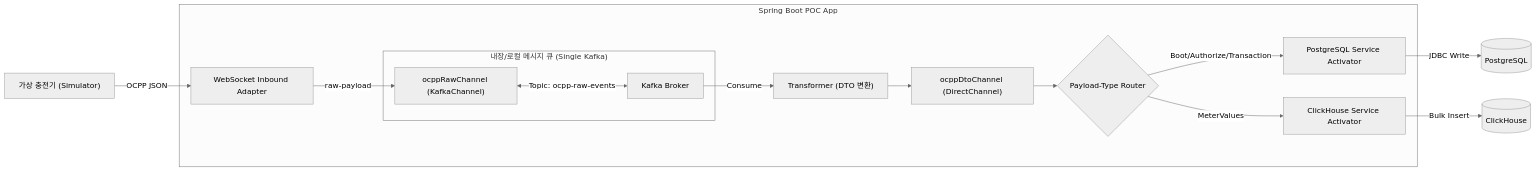
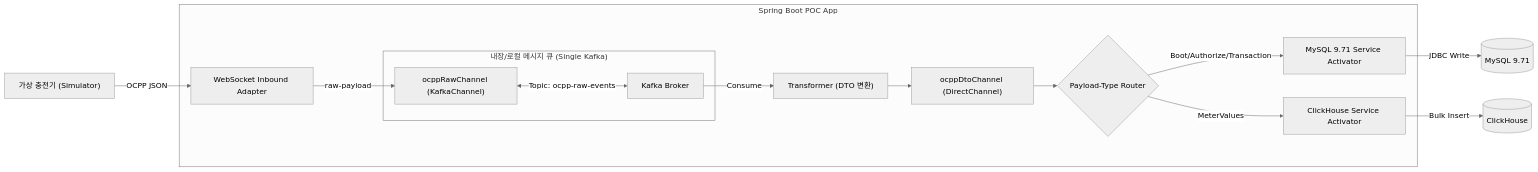
The second of 2 diagrams in doc/01.standard_solution/05.poc.md (h2y-hyhong2/h2y-ocpp), drawn with Mermaid (neutral theme) before and after one commit. The commit also changed other lines of this file and 20 other files, not shown here.

````diff
--- a/doc/01.standard_solution/05.poc.md
+++ b/doc/01.standard_solution/05.poc.md
@@ -169,22 +193,22 @@
 ```mermaid
 flowchart LR
     CP["가상 충전기 (Simulator)"] -->|OCPP JSON| WS["WebSocket Inbound Adapter"]
     
     subgraph SpringBoot ["Spring Boot POC App"]
         WS -->|raw-payload| KafkaChannel["ocppRawChannel (KafkaChannel)"]
         
         subgraph Kafka_Broker ["내장/로컬 메시지 큐 (Single Kafka)"]
             KafkaChannel <-->|Topic: ocpp-raw-events| Broker["Kafka Broker"]
         end
         
         Broker -->|Consume| Trans["Transformer (DTO 변환)"]
         Trans --> DtoCh["ocppDtoChannel (DirectChannel)"]
         DtoCh --> Router{"Payload-Type Router"}
         
-        Router -->|Boot/Authorize/Transaction| PG_Act["PostgreSQL Service Activator"]
+        Router -->|Boot/Authorize/Transaction| PG_Act["MySQL 9.71 Service Activator"]
         Router -->|MeterValues| CH_Act["ClickHouse Service Activator"]
     end
     
-    PG_Act -->|JDBC Write| PG[(PostgreSQL)]
+    PG_Act -->|JDBC Write| PG[(MySQL 9.71)]
     CH_Act -->|Bulk Insert| CH[(ClickHouse)]
 ```
````
